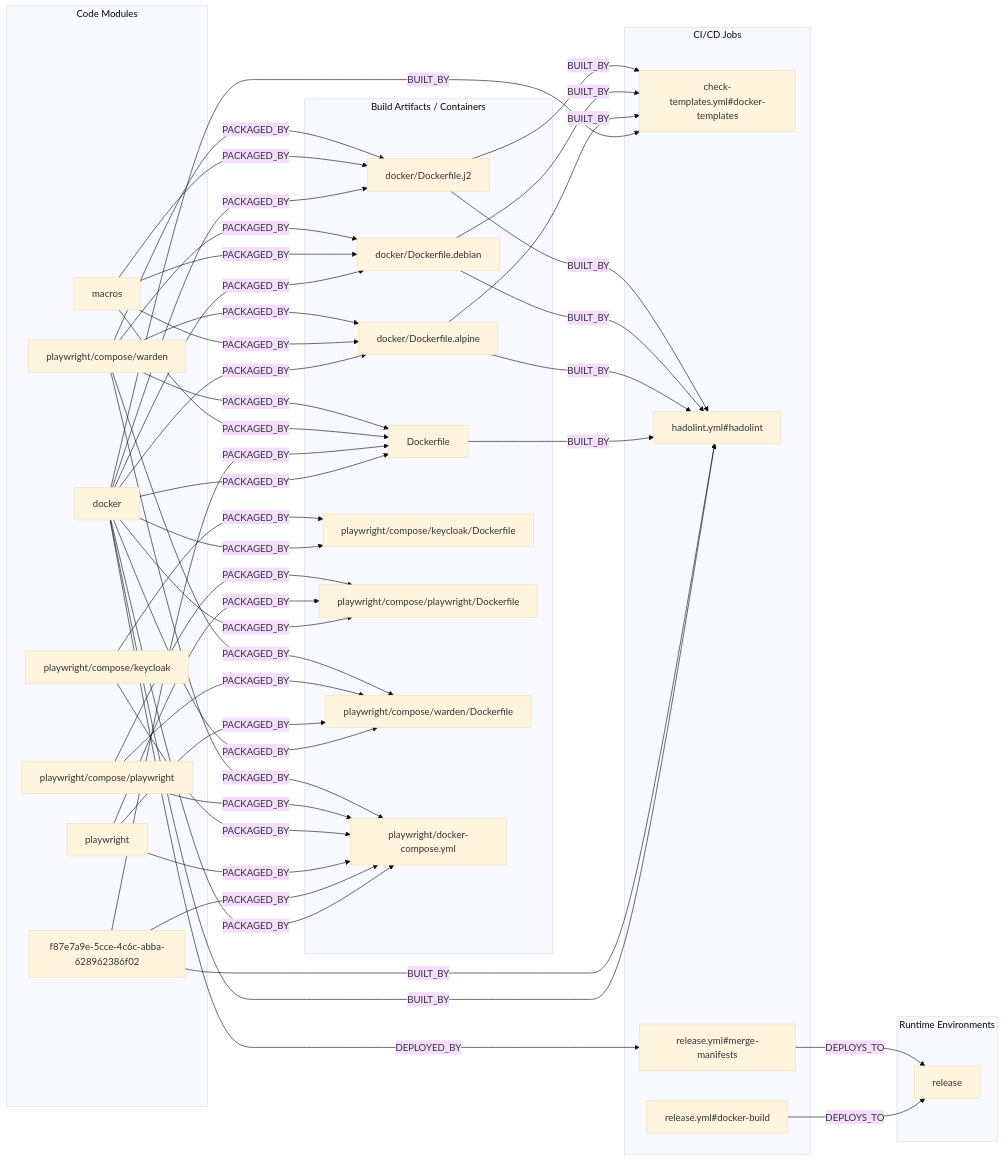
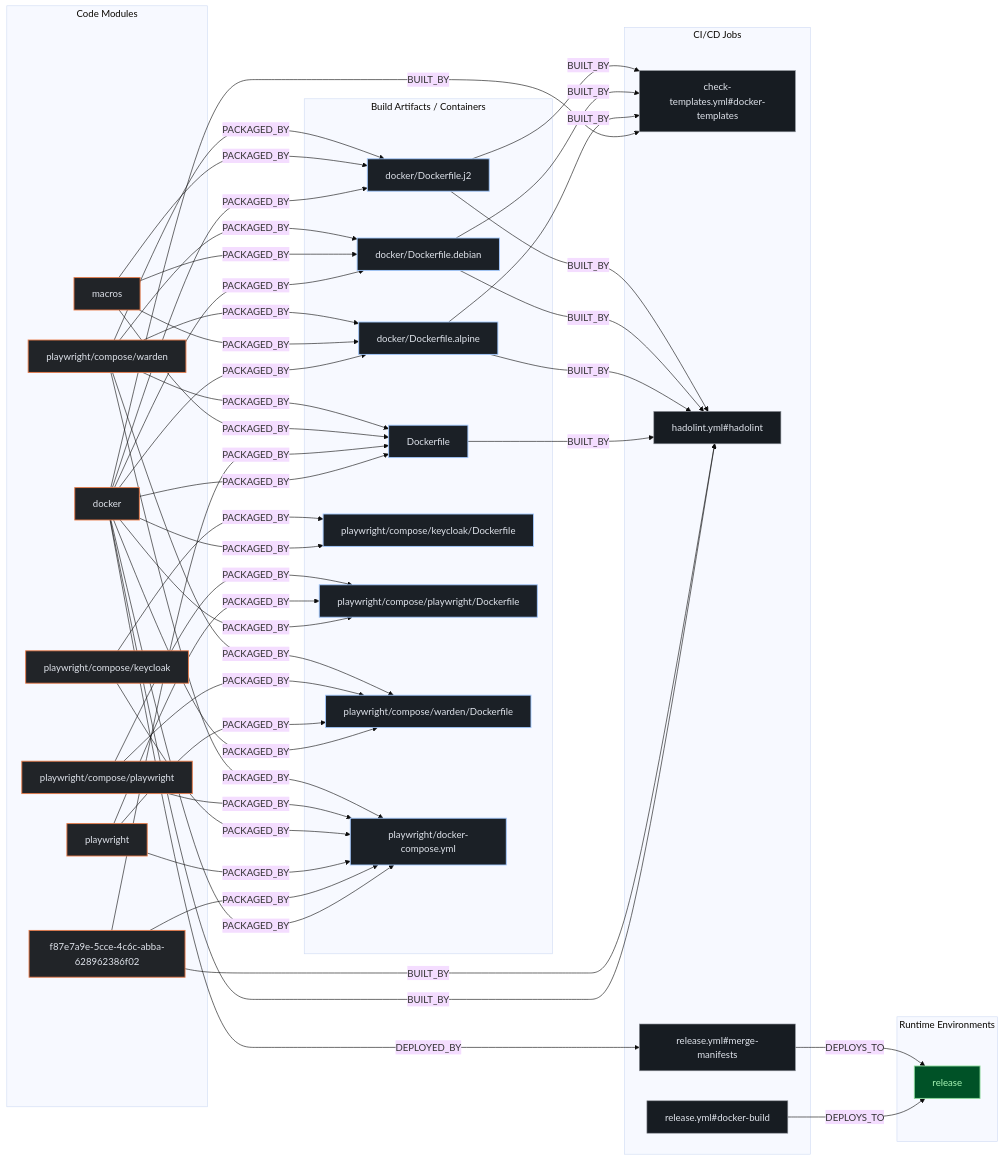
One commit to kumarshaz/atruss-code-atlas changed the second of 3 diagrams in exports/latest/reports/dani-garcia-vaultwarden-report.md. Above: the diagram before and after it, drawn with Mermaid (base theme). The commit also changed other lines of this file and 331 other files, not shown here.

Commit message:
docs,ui,fix: update SDLC docs, reorder CI/CD DAG first, stylize Mermaid, and fix Arc42 pipeline topology

````diff
--- a/exports/latest/reports/dani-garcia-vaultwarden-report.md
+++ b/exports/latest/reports/dani-garcia-vaultwarden-report.md
@@ -199,72 +206,76 @@
 ```mermaid
 flowchart LR
+    classDef atlasCategory fill:#212428,stroke:#E87A48,stroke-width:1.5px,color:#dfe3eb
+    classDef atlasWorkflow fill:#1b2026,stroke:#a3c9ff,stroke-width:1.5px,color:#dfe3eb
+    classDef atlasJob fill:#171c22,stroke:#8d9199,stroke-width:1px,color:#dfe3eb
+    classDef atlasTarget fill:#005227,stroke:#8bd99b,stroke-width:1.5px,color:#a7f6b6
     subgraph code_modules["Code Modules"]
-        mod_docker["docker"]
-        mod_f87e7a9e_5cce_4c6c_abba_628962386f02["f87e7a9e-5cce-4c6c-abba-628962386f02"]
-        mod_macros["macros"]
-        mod_playwright["playwright"]
-        mod_playwright_compose_keycloak["playwright/compose/keycloak"]
-        mod_playwright_compose_playwright["playwright/compose/playwright"]
-        mod_playwright_compose_warden["playwright/compose/warden"]
+        mod_docker["docker"]:::atlasCategory
+        mod_f87e7a9e_5cce_4c6c_abba_628962386f02["f87e7a9e-5cce-4c6c-abba-628962386f02"]:::atlasCategory
+        mod_macros["macros"]:::atlasCategory
+        mod_playwright["playwright"]:::atlasCategory
+        mod_playwright_compose_keycloak["playwright/compose/keycloak"]:::atlasCategory
+        mod_playwright_compose_playwright["playwright/compose/playwright"]:::atlasCategory
+        mod_playwright_compose_warden["playwright/compose/warden"]:::atlasCategory
     end
     subgraph build_artifacts["Build Artifacts / Containers"]
-        art_Dockerfile["Dockerfile"]
-        art_docker_Dockerfile_alpine["docker/Dockerfile.alpine"]
-        art_docker_Dockerfile_debian["docker/Dockerfile.debian"]
-        art_docker_Dockerfile_j2["docker/Dockerfile.j2"]
-        art_playwright_compose_keycloak_Dockerfile["playwright/compose/keycloak/Dockerfile"]
-        art_playwright_compose_playwright_Dockerfile["playwright/compose/playwright/Dockerfile"]
-        art_playwright_compose_warden_Dockerfile["playwright/compose/warden/Dockerfile"]
-        art_playwright_docker_compose_yml["playwright/docker-compose.yml"]
+        art_Dockerfile["Dockerfile"]:::atlasWorkflow
+        art_docker_Dockerfile_alpine["docker/Dockerfile.alpine"]:::atlasWorkflow
+        art_docker_Dockerfile_debian["docker/Dockerfile.debian"]:::atlasWorkflow
+        art_docker_Dockerfile_j2["docker/Dockerfile.j2"]:::atlasWorkflow
+        art_playwright_compose_keycloak_Dockerfile["playwright/compose/keycloak/Dockerfile"]:::atlasWorkflow
+        art_playwright_compose_playwright_Dockerfile["playwright/compose/playwright/Dockerfile"]:::atlasWorkflow
+        art_playwright_compose_warden_Dockerfile["playwright/compose/warden/Dockerfile"]:::atlasWorkflow
+        art_playwright_docker_compose_yml["playwright/docker-compose.yml"]:::atlasWorkflow
     end
     subgraph ci_jobs["CI/CD Jobs"]
-        job_check_templates_yml_docker_templates["check-templates.yml#docker-templates"]
-        job_hadolint_yml_hadolint["hadolint.yml#hadolint"]
-        job_release_yml_docker_build["release.yml#docker-build"]
-        job_release_yml_merge_manifests["release.yml#merge-manifests"]
+        job_check_templates_yml_docker_templates["check-templates.yml#docker-templates"]:::atlasJob
+        job_hadolint_yml_hadolint["hadolint.yml#hadolint"]:::atlasJob
+        job_release_yml_docker_build["release.yml#docker-build"]:::atlasJob
+        job_release_yml_merge_manifests["release.yml#merge-manifests"]:::atlasJob
     end
     subgraph runtime_envs["Runtime Environments"]
-        env_release["release"]
+        env_release["release"]:::atlasTarget
     end
     job_release_yml_docker_build -->|DEPLOYS_TO| env_release
     job_release_yml_merge_manifests -->|DEPLOYS_TO| env_release
     mod_docker -->|BUILT_BY| job_check_templates_yml_docker_templates
     mod_docker -->|BUILT_BY| job_hadolint_yml_hadolint
     mod_docker -->|DEPLOYED_BY| job_release_yml_merge_manifests
     mod_docker -->|PACKAGED_BY| art_Dockerfile
     mod_docker -->|PACKAGED_BY| art_docker_Dockerfile_alpine
     mod_docker -->|PACKAGED_BY| art_docker_Dockerfile_debian
     mod_docker -->|PACKAGED_BY| art_docker_Dockerfile_j2
     mod_docker -->|PACKAGED_BY| art_playwright_compose_keycloak_Dockerfile
     mod_docker -->|PACKAGED_BY| art_playwright_compose_playwright_Dockerfile
     mod_docker -->|PACKAGED_BY| art_playwright_compose_warden_Dockerfile
     mod_docker -->|PACKAGED_BY| art_playwright_docker_compose_yml
     mod_f87e7a9e_5cce_4c6c_abba_628962386f02 -->|BUILT_BY| job_hadolint_yml_hadolint
     mod_f87e7a9e_5cce_4c6c_abba_628962386f02 -->|PACKAGED_BY| art_Dockerfile
     mod_f87e7a9e_5cce_4c6c_abba_628962386f02 -->|PACKAGED_BY| art_playwright_docker_compose_yml
     mod_macros -->|PACKAGED_BY| art_Dockerfile
     mod_macros -->|PACKAGED_BY| art_docker_Dockerfile_alpine
     mod_macros -->|PACKAGED_BY| art_docker_Dockerfile_debian
     mod_macros -->|PACKAGED_BY| art_docker_Dockerfile_j2
     mod_playwright -->|PACKAGED_BY| art_playwright_compose_playwright_Dockerfile
     mod_playwright -->|PACKAGED_BY| art_playwright_compose_warden_Dockerfile
     mod_playwright -->|PACKAGED_BY| art_playwright_docker_compose_yml
     mod_playwright_compose_keycloak -->|PACKAGED_BY| art_playwright_compose_keycloak_Dockerfile
     mod_playwright_compose_keycloak -->|PACKAGED_BY| art_playwright_docker_compose_yml
     mod_playwright_compose_playwright -->|PACKAGED_BY| art_playwright_compose_playwright_Dockerfile
     mod_playwright_compose_playwright -->|PACKAGED_BY| art_playwright_compose_warden_Dockerfile
     mod_playwright_compose_playwright -->|PACKAGED_BY| art_playwright_docker_compose_yml
     mod_playwright_compose_warden -->|PACKAGED_BY| art_Dockerfile
     mod_playwright_compose_warden -->|PACKAGED_BY| art_docker_Dockerfile_alpine
     mod_playwright_compose_warden -->|PACKAGED_BY| art_docker_Dockerfile_debian
     mod_playwright_compose_warden -->|PACKAGED_BY| art_docker_Dockerfile_j2
     mod_playwright_compose_warden -->|PACKAGED_BY| art_playwright_compose_warden_Dockerfile
     mod_playwright_compose_warden -->|PACKAGED_BY| art_playwright_docker_compose_yml
     art_Dockerfile -->|BUILT_BY| job_hadolint_yml_hadolint
     art_docker_Dockerfile_alpine -->|BUILT_BY| job_check_templates_yml_docker_templates
     art_docker_Dockerfile_alpine -->|BUILT_BY| job_hadolint_yml_hadolint
     art_docker_Dockerfile_debian -->|BUILT_BY| job_check_templates_yml_docker_templates
     art_docker_Dockerfile_debian -->|BUILT_BY| job_hadolint_yml_hadolint
     art_docker_Dockerfile_j2 -->|BUILT_BY| job_check_templates_yml_docker_templates
     art_docker_Dockerfile_j2 -->|BUILT_BY| job_hadolint_yml_hadolint
 ```
````
